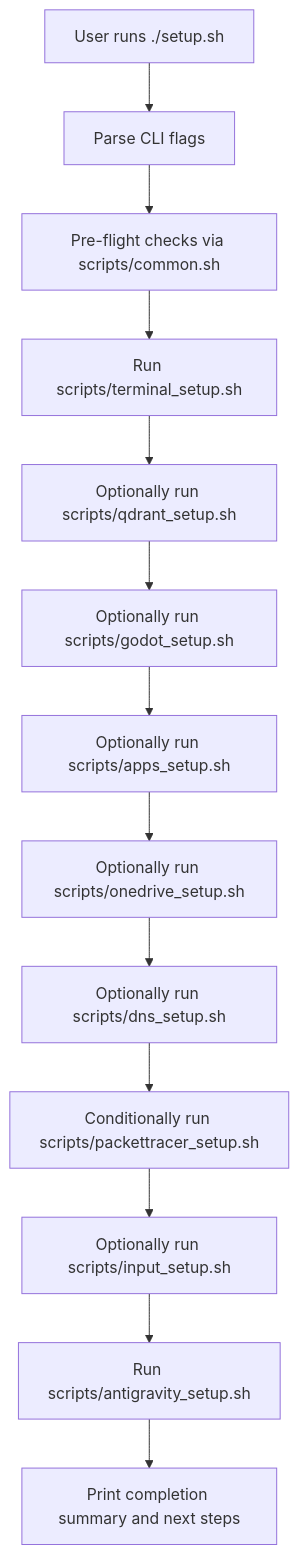
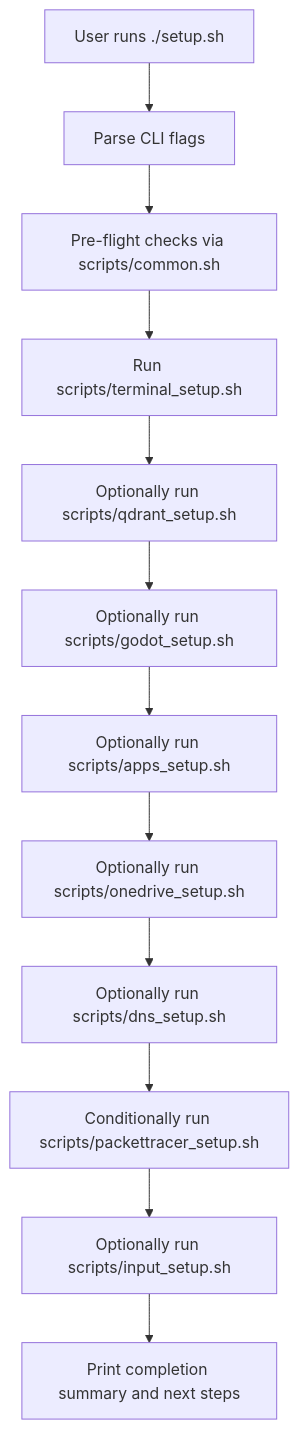
Before and after one commit to haingt-dev/workstation-setup: the diagram in .memory-bank/architecture.md, drawn with Mermaid. The commit also changed other lines of this file and 3 other files, not shown here.

````diff
--- a/.memory-bank/architecture.md
+++ b/.memory-bank/architecture.md
@@ -47,16 +46,15 @@
 ```mermaid
 flowchart TD
   A[User runs ./setup.sh] --> B[Parse CLI flags]
   B --> C[Pre-flight checks via scripts/common.sh]
   C --> D[Run scripts/terminal_setup.sh]
   D --> F[Optionally run scripts/qdrant_setup.sh]
   F --> G[Optionally run scripts/godot_setup.sh]
   G --> H[Optionally run scripts/apps_setup.sh]
   H --> I[Optionally run scripts/onedrive_setup.sh]
   I --> J[Optionally run scripts/dns_setup.sh]
   J --> K[Conditionally run scripts/packettracer_setup.sh]
   K --> L[Optionally run scripts/input_setup.sh]
-  L --> M[Run scripts/antigravity_setup.sh]
-  M --> N[Print completion summary and next steps]
+  L --> M[Print completion summary and next steps]
 
 ```
````
